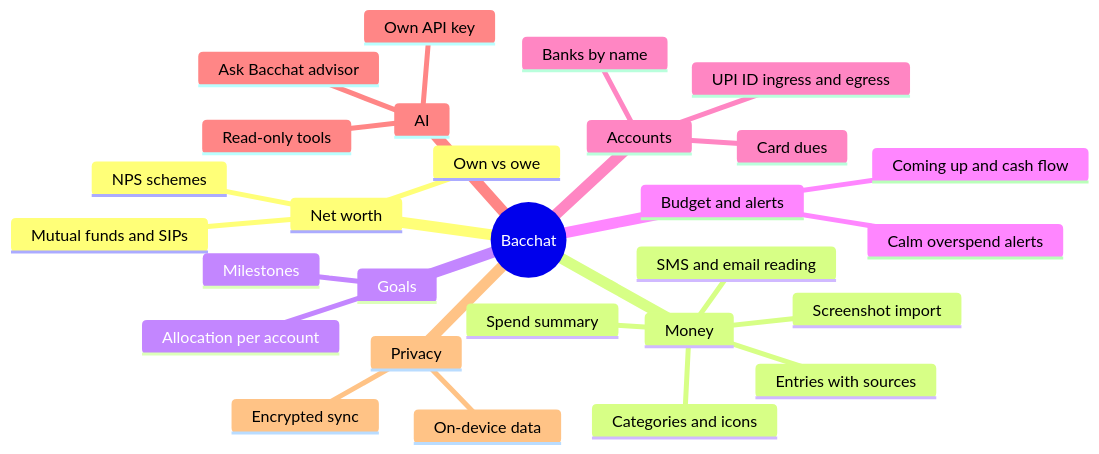
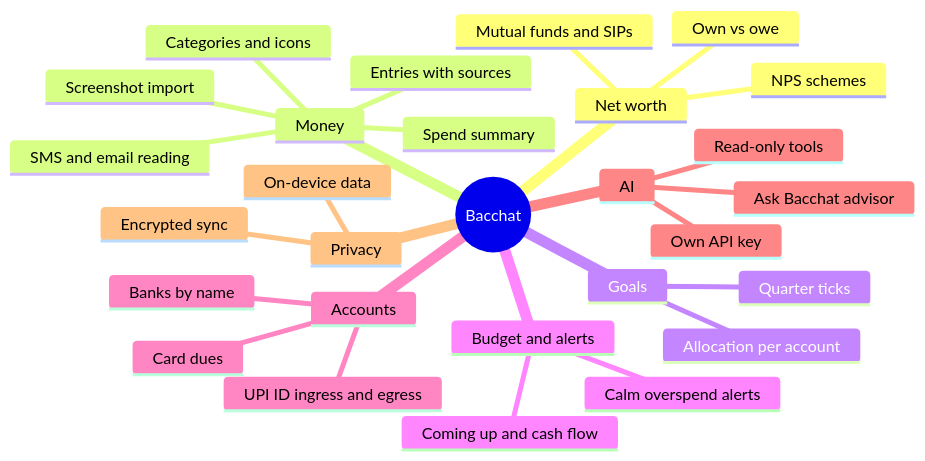
The diagram in docs/product.md (Aditya-Jyoti/bacchat), drawn with Mermaid before and after one commit. The commit also changed other lines of this file and 52 other files, not shown here.

````diff
--- a/docs/product.md
+++ b/docs/product.md
@@ -9,31 +9,31 @@
 ```mermaid
 mindmap
   root((Bacchat))
     Net worth
       Mutual funds and SIPs
       NPS schemes
       Own vs owe
     Money
       Entries with sources
       Spend summary
       Categories and icons
       Screenshot import
       SMS and email reading
     Goals
       Allocation per account
-      Milestones
+      Quarter ticks
     Budget and alerts
       Calm overspend alerts
       Coming up and cash flow
     Accounts
       Banks by name
       UPI ID ingress and egress
       Card dues
     AI
       Ask Bacchat advisor
       Own API key
       Read-only tools
     Privacy
       On-device data
       Encrypted sync
 ```
````
